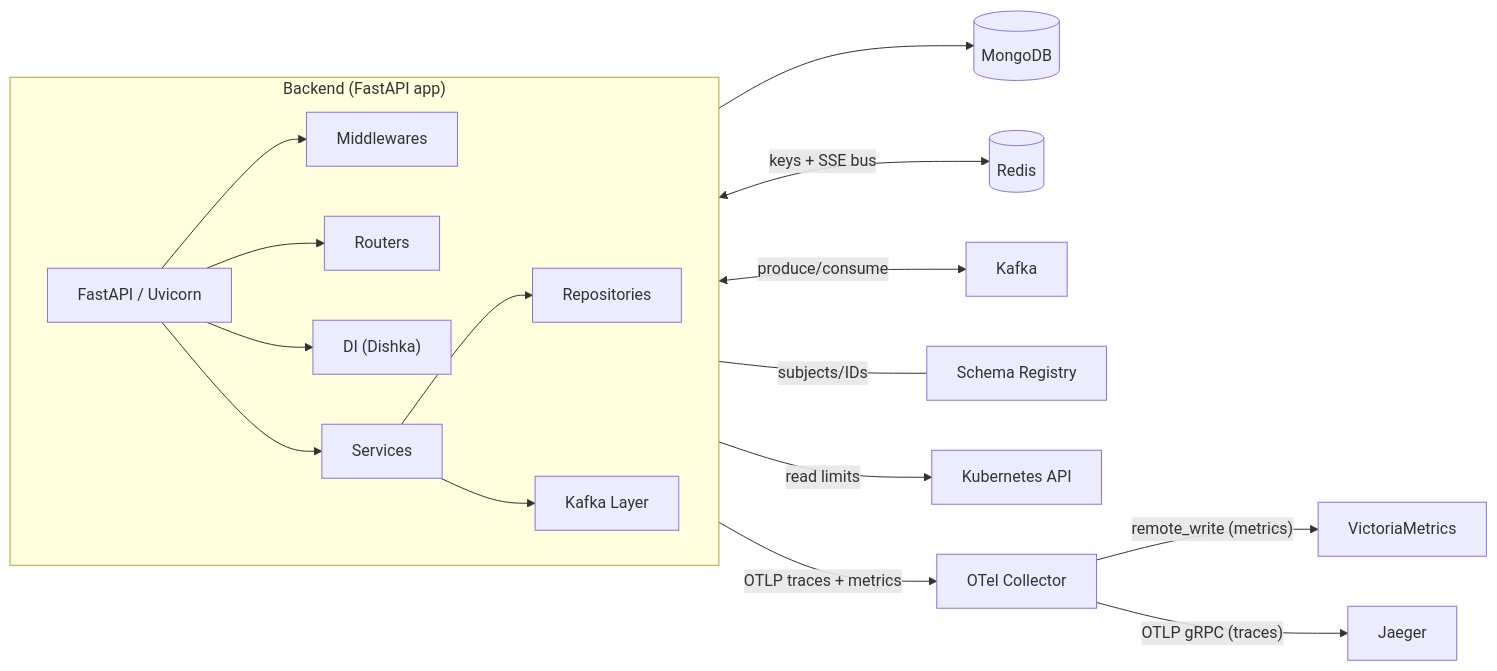
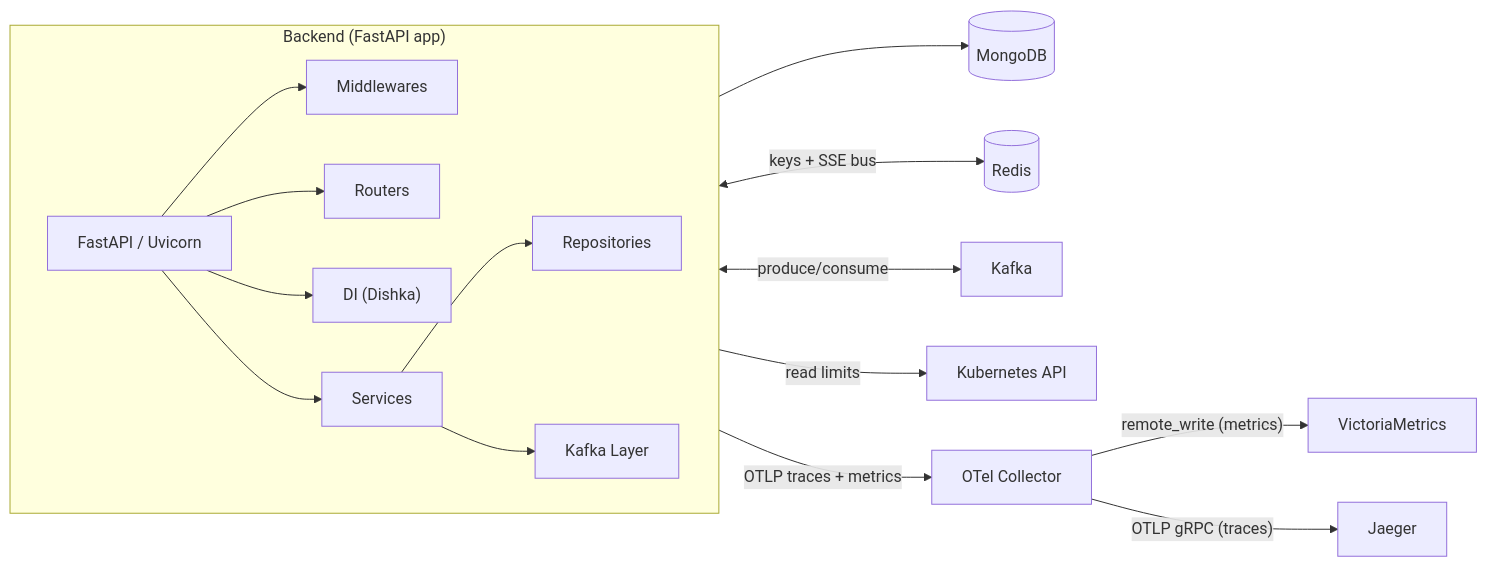
The first of 5 diagrams in docs/architecture/overview.md (HardMax71/Integr8sCode), drawn with Mermaid before and after one commit. The commit also changed other lines of this file and 19 other files, not shown here.

First line of the commit message:
update: removed all schema registry stuff (#139)

````diff
--- a/docs/architecture/overview.md
+++ b/docs/architecture/overview.md
@@ -31,43 +31,41 @@
 ```mermaid
 graph LR
       subgraph "Backend (FastAPI app)"
           direction LR
           App["FastAPI / Uvicorn"]
           Middlewares["Middlewares"]
           Routers["Routers"]
           DI["DI (Dishka)"]
           Services["Services"]
           Events["Kafka Layer"]
           Repos["Repositories"]
       end
 
           Mongo[(MongoDB)]
           Redis[(Redis)]
           Kafka[Kafka]
-          Schema["Schema Registry"]
           K8s["Kubernetes API"]
           OTel["OTel Collector"]
           VM["VictoriaMetrics"]
           Jaeger["Jaeger"]
 
 
       %% App internals
       App --> Middlewares
       App --> Routers
       App --> DI
       App --> Services
       Services --> Repos
       Services --> Events
 
       %% Infra edges (high level only)
       Repos --> Mongo
       Services <-->|"keys + SSE bus"| Redis
       Events <-->|"produce/consume"| Kafka
-      Events ---|"subjects/IDs"| Schema
       Services -->|"read limits"| K8s
 
       %% Telemetry edges
       App -->|"OTLP traces + metrics"| OTel
       OTel -->|"remote_write (metrics)"| VM
       OTel -->|"OTLP gRPC (traces)"| Jaeger
 ```
````
